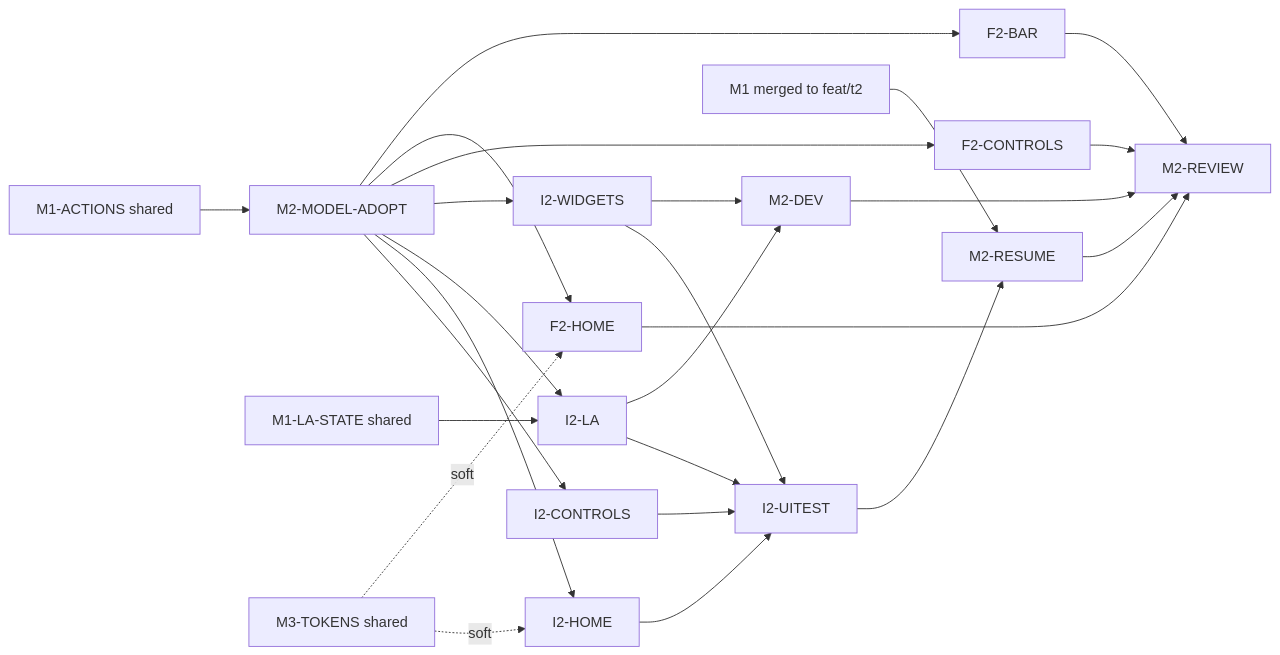
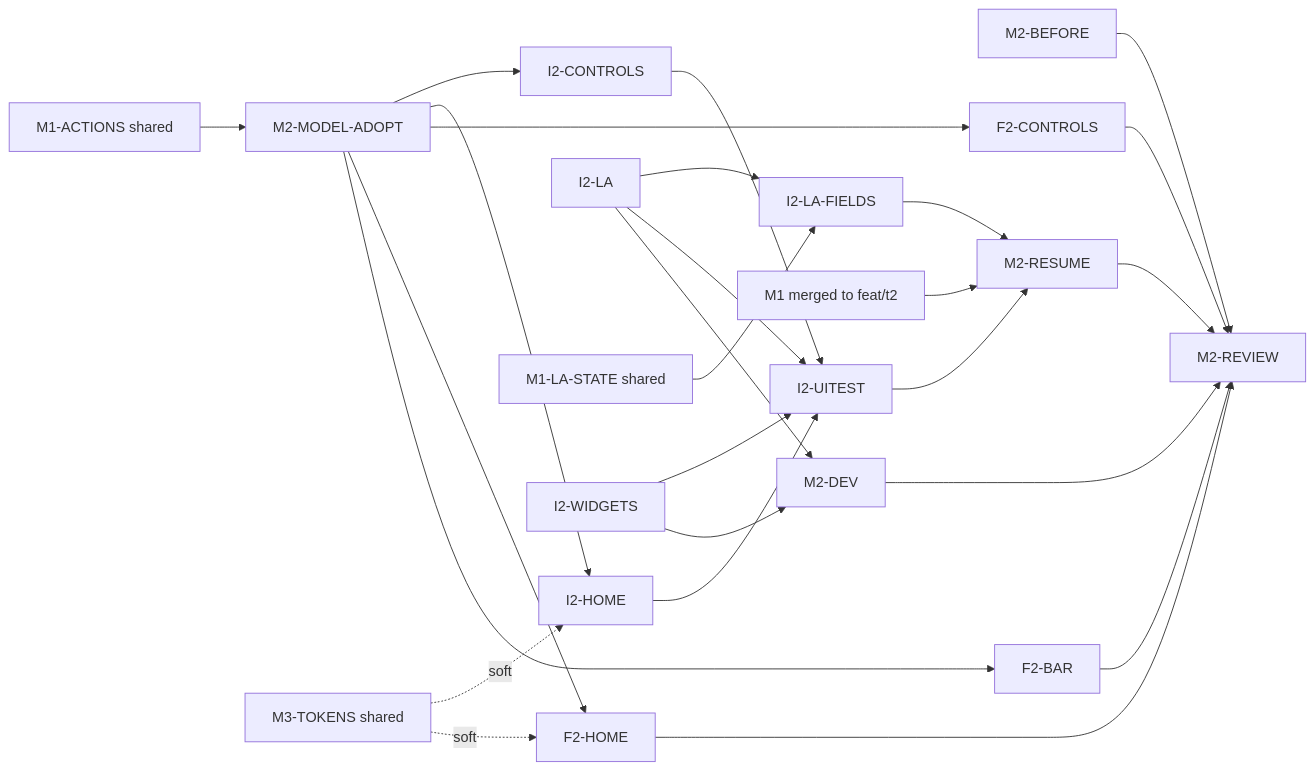
One commit to Richard-Lynch/quickr changed the diagram in docs/t2/M2-plan.md. Above: the diagram before and after it, drawn with Mermaid. The commit also changed other lines of this file, not shown here.

````diff
--- a/docs/t2/M2-plan.md
+++ b/docs/t2/M2-plan.md
@@ -306,27 +367,31 @@
 ```mermaid
 flowchart LR
+  BEFORE[M2-BEFORE]
   ACT[M1-ACTIONS shared] --> ADOPT[M2-MODEL-ADOPT]
   ADOPT --> ICTRL[I2-CONTROLS]
   ADOPT --> IHOME[I2-HOME]
-  ADOPT --> ILA[I2-LA]
-  LAS[M1-LA-STATE shared] --> ILA
-  ADOPT --> IWID[I2-WIDGETS]
+  ILA[I2-LA]
+  LAS[M1-LA-STATE shared] --> ILAF[I2-LA-FIELDS]
+  ILA --> ILAF
+  IWID[I2-WIDGETS]
   TOK[M3-TOKENS shared] -.soft.-> IHOME
   TOK -.soft.-> FHOME
   ICTRL --> UIT[I2-UITEST]
   IHOME --> UIT
   ILA --> UIT
   IWID --> UIT
   UIT --> RES[M2-RESUME]
+  ILAF --> RES
   M1[M1 merged to feat/t2] --> RES
   ADOPT --> FCTRL[F2-CONTROLS]
   ADOPT --> FHOME[F2-HOME]
   ADOPT --> FBAR[F2-BAR]
   ILA --> DEV[M2-DEV]
   IWID --> DEV
-  RES --> REV[M2-REVIEW]
+  BEFORE --> REV[M2-REVIEW]
+  RES --> REV
   FCTRL --> REV
   FHOME --> REV
   FBAR --> REV
   DEV --> REV
 ```
````
